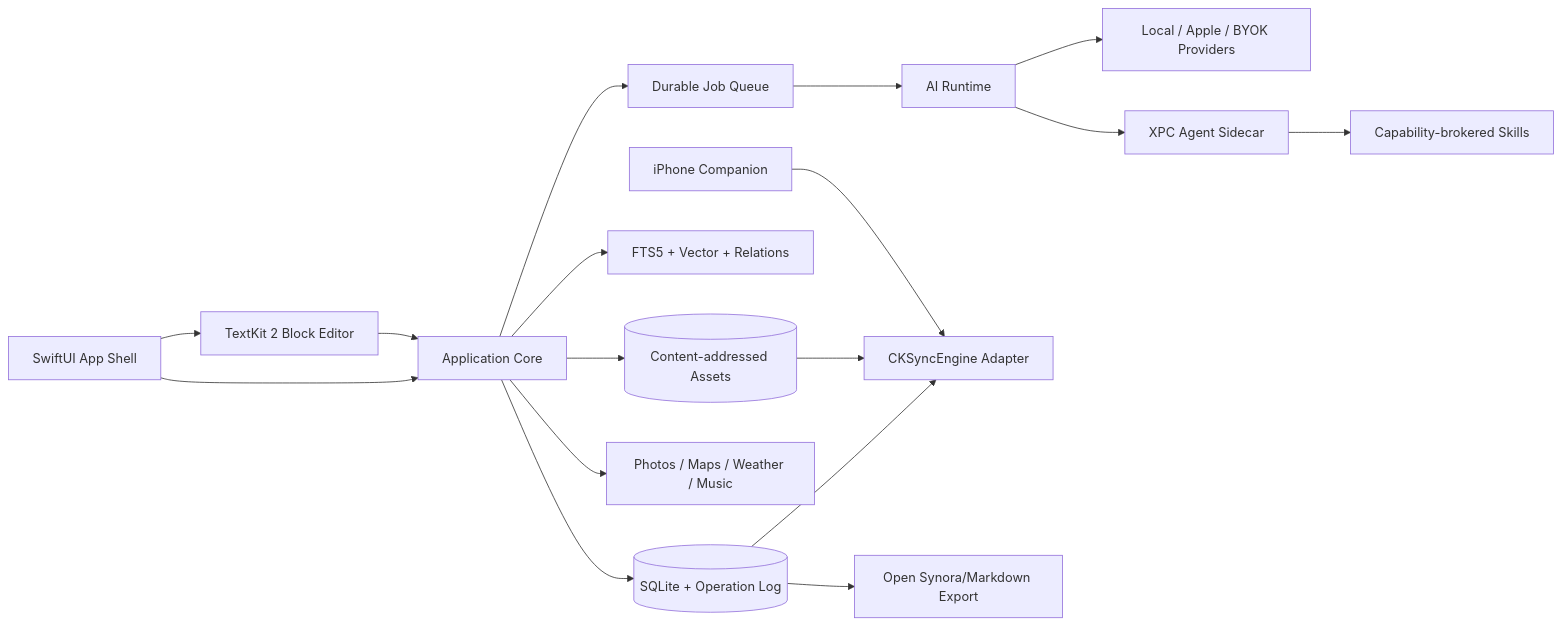
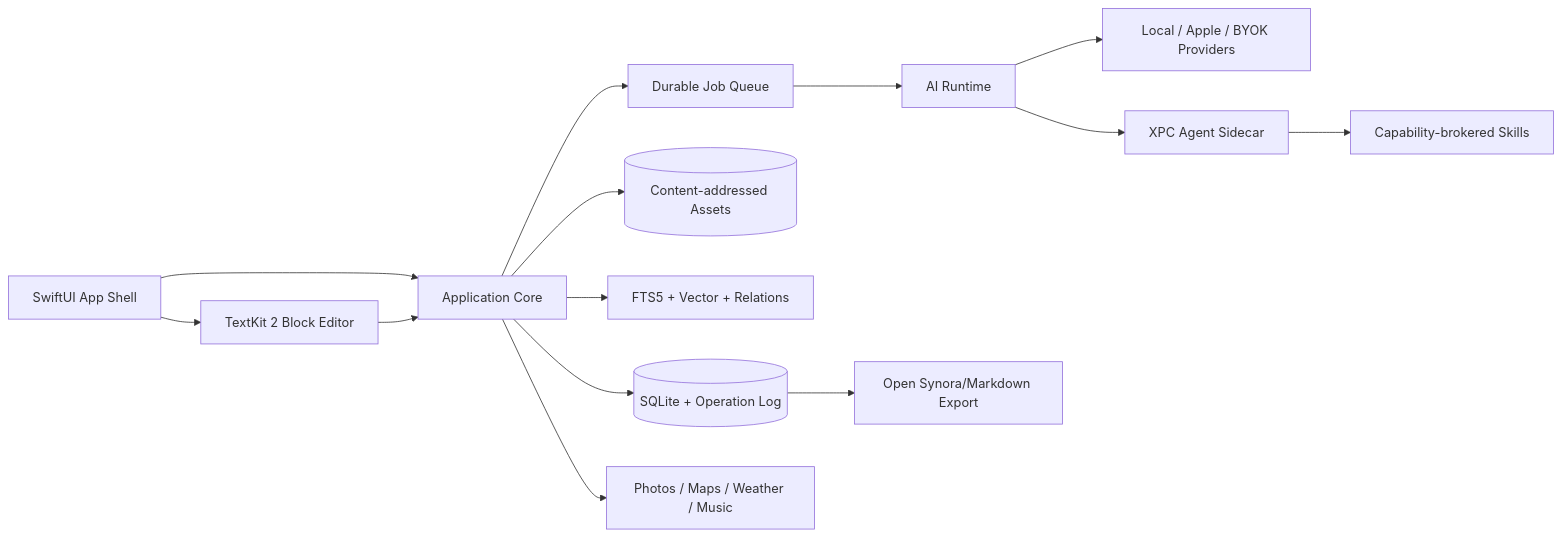
The diagram in docs/ARCHITECTURE.md (atlax-tech/Synora-LLM-Wiki), drawn with Mermaid before and after one commit. The commit also changed other lines of this file and 15 other files, not shown here.

````diff
--- a/docs/ARCHITECTURE.md
+++ b/docs/ARCHITECTURE.md
@@ -28,19 +28,16 @@
 ```mermaid
 flowchart LR
   UI[SwiftUI App Shell] --> Editor[TextKit 2 Block Editor]
   UI --> AppCore[Application Core]
   Editor --> AppCore
   AppCore --> Store[(SQLite + Operation Log)]
   AppCore --> Assets[(Content-addressed Assets)]
   AppCore --> Search[FTS5 + Vector + Relations]
   AppCore --> Jobs[Durable Job Queue]
   Jobs --> AIHost[AI Runtime]
   AIHost --> Providers[Local / Apple / BYOK Providers]
   AIHost --> Agent[XPC Agent Sidecar]
   Agent --> Skills[Capability-brokered Skills]
-  Store --> Sync[CKSyncEngine Adapter]
-  Assets --> Sync
   Store --> Export[Open Synora/Markdown Export]
   AppCore --> Integrations[Photos / Maps / Weather / Music]
-  Companion[iPhone Companion] --> Sync
 ```
````
